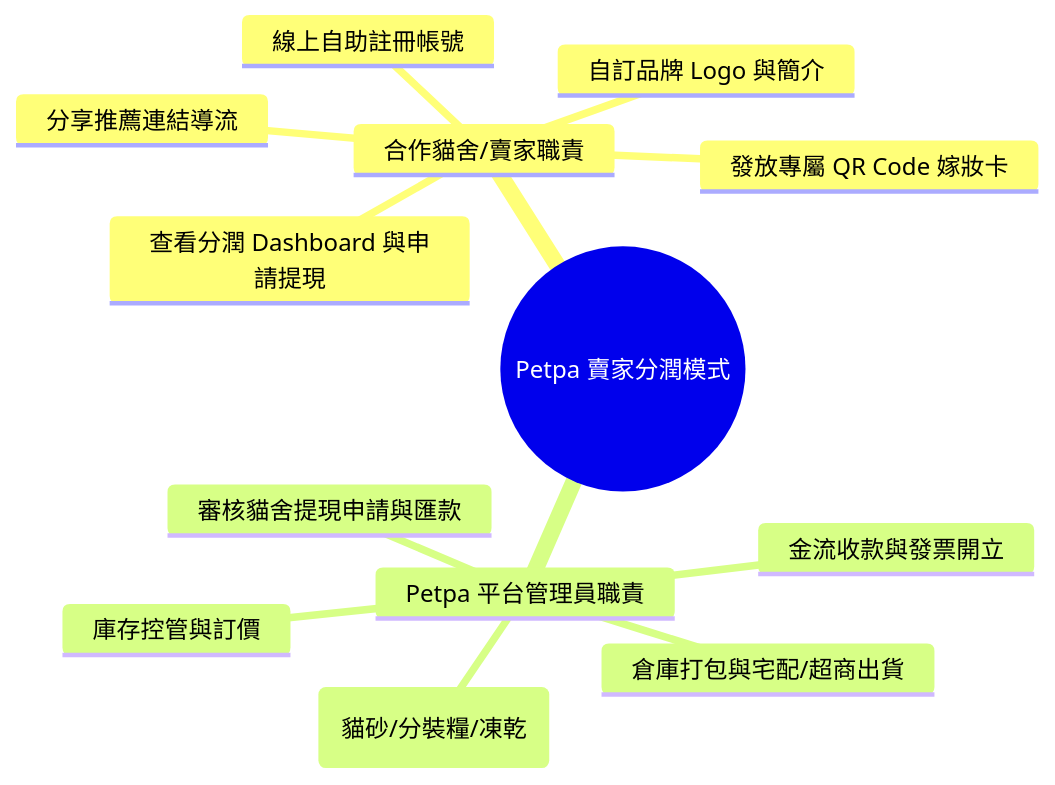
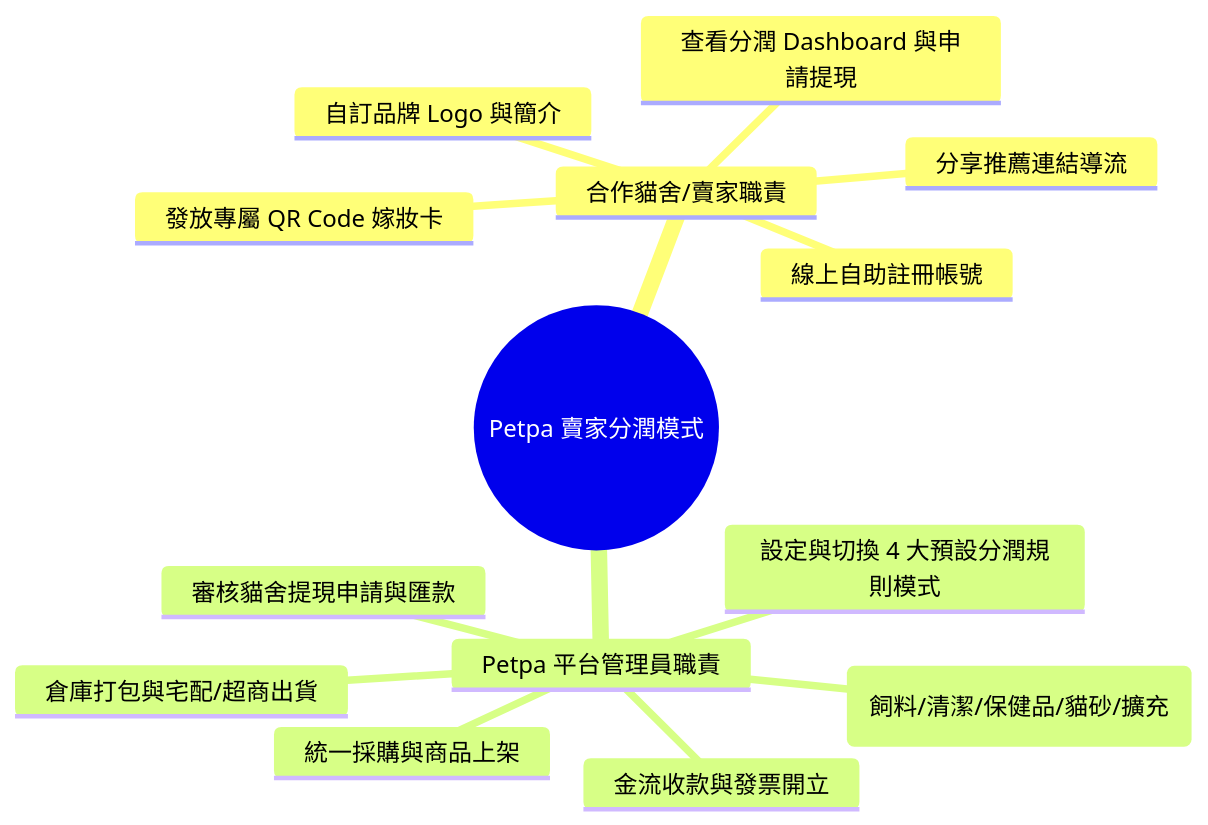
One commit to steve-shih/Petpa changed the second of 2 diagrams in BUSINESS_RULES.md. Above: the diagram before and after it, drawn with Mermaid. The commit also changed other lines of this file and 2 other files, not shown here.

Commit message:
docs: finalize complete architecture, MongoDB Atlas integration, dynamic categories, and 4 commission models

````diff
--- a/BUSINESS_RULES.md
+++ b/BUSINESS_RULES.md
@@ -44,16 +91,17 @@
 ```mermaid
 mindmap
   root((Petpa 賣家分潤模式))
     合作貓舍/賣家職責
       線上自助註冊帳號
       自訂品牌 Logo 與簡介
       發放專屬 QR Code 嫁妝卡
       分享推薦連結導流
       查看分潤 Dashboard 與申請提現
     Petpa 平台管理員職責
-      統一採購與商品上架 (貓砂/分裝糧/凍乾)
-      庫存控管與訂價
+      自定義動態商品分類 (飼料/清潔/保健品/貓砂/擴充)
+      統一採購與商品上架
+      設定與切換 4 大預設分潤規則模式
       金流收款與發票開立
       倉庫打包與宅配/超商出貨
       審核貓舍提現申請與匯款
 ```
````
